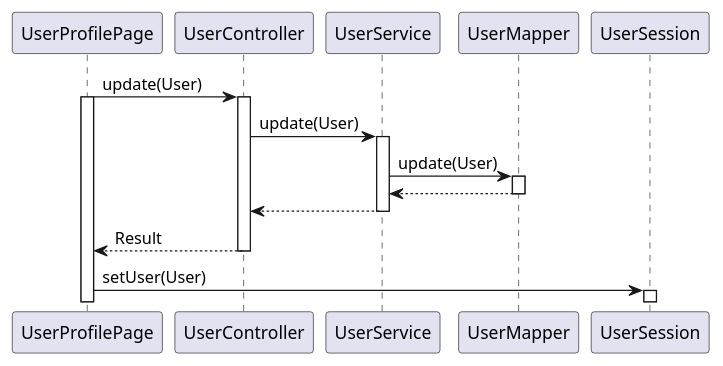
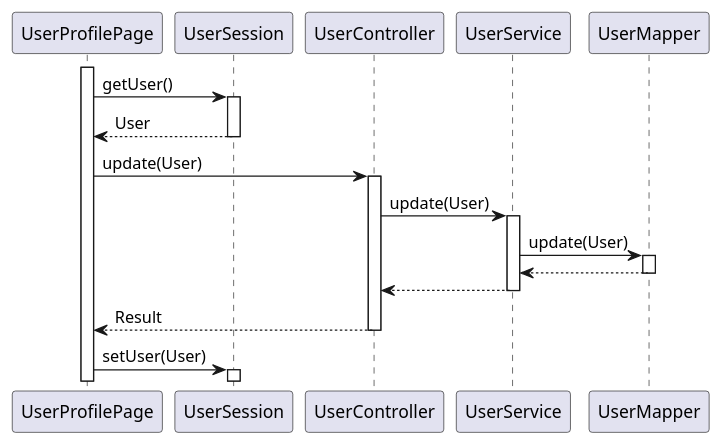
One commit to leidZhang/Nutrifit changed the diagram in doc/seq/updateUser.puml. Above: the diagram before and after it, drawn with PlantUML. The commit also changed 1 other file, not shown here.

Commit message:
fix sequence diagram

```diff
--- a/doc/seq/updateUser.puml
+++ b/doc/seq/updateUser.puml
@@ -1,23 +1,29 @@
 @startuml
+activate UserProfilePage
+UserProfilePage -> UserSession: getUser()
+
+activate UserSession
+UserSession --> UserProfilePage: User
+deactivate UserSession
+
 UserProfilePage -> UserController: update(User)
-activate UserProfilePage
 activate UserController
 
 UserController -> UserService: update(User)
 activate UserService
 
 UserService -> UserMapper: update(User)
 activate UserMapper
 
 UserMapper --> UserService:
 deactivate UserMapper
 
 UserService --> UserController:
 deactivate UserService
 
 UserController --> UserProfilePage: Result
 deactivate UserController
 UserProfilePage -> UserSession: setUser(User)
 activate UserSession
 
 @enduml
```
